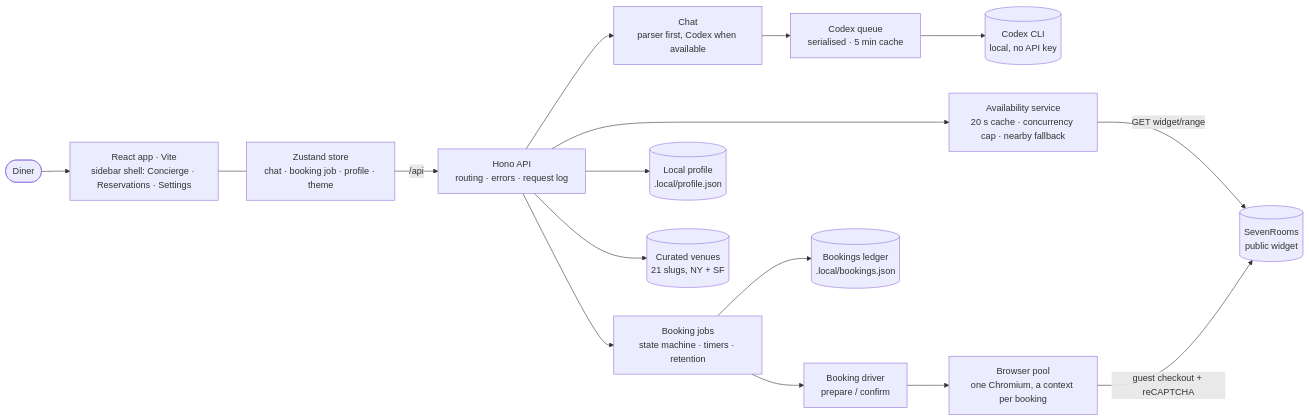
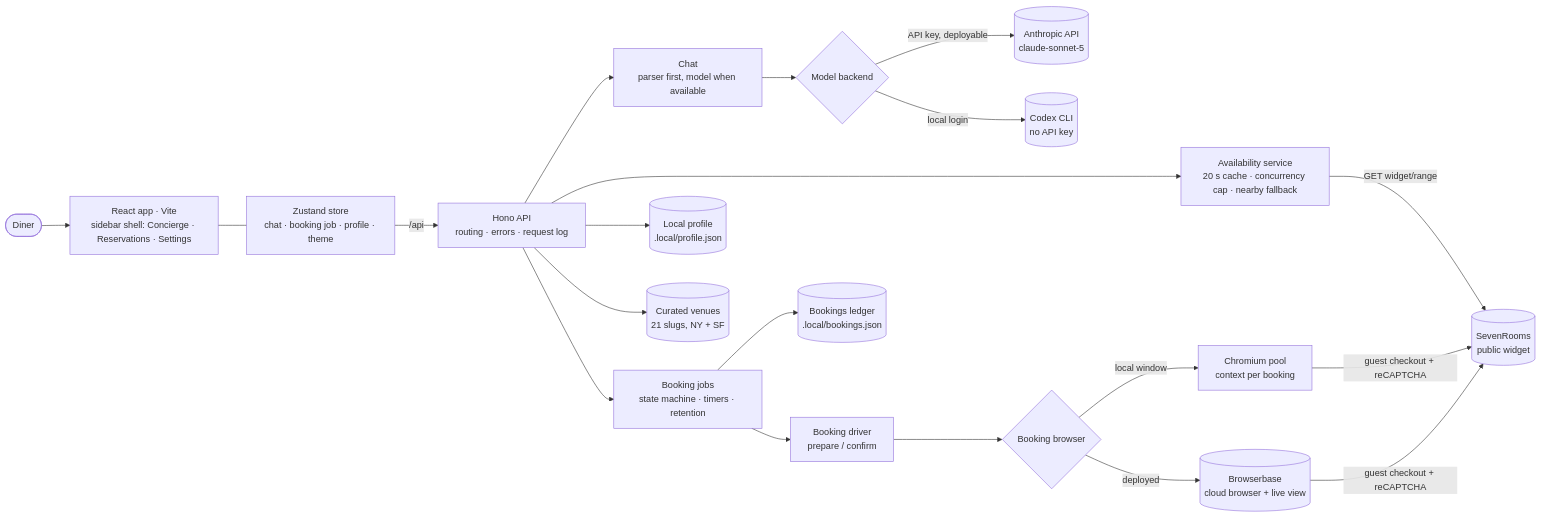
One commit to Dileep2896/pearl-table-concierge changed the first of 7 diagrams in ARCHITECTURE.md. Above: the diagram before and after it, drawn with Mermaid. The commit also changed other lines of this file and 3 other files, not shown here.

First line of the commit message:
Docs: deployable AI key + card/login live-view finish

````diff
--- a/ARCHITECTURE.md
+++ b/ARCHITECTURE.md
@@ -9,18 +9,22 @@
 ```mermaid
 flowchart LR
   D([Diner]) --> UI[React app · Vite<br/>sidebar shell: Concierge · Reservations · Settings]
   UI --- ST[Zustand store<br/>chat · booking job · profile · theme]
   ST -->|/api| API[Hono API<br/>routing · errors · request log]
-  API --> CH[Chat<br/>parser first, Codex when available]
-  CH --> CQ[Codex queue<br/>serialised · 5 min cache]
-  CQ --> CX[(Codex CLI<br/>local, no API key)]
+  API --> CH[Chat<br/>parser first, model when available]
+  CH --> AI{Model backend}
+  AI -->|API key, deployable| AN[(Anthropic API<br/>claude-sonnet-5)]
+  AI -->|local login| CX[(Codex CLI<br/>no API key)]
   API --> AV[Availability service<br/>20 s cache · concurrency cap · nearby fallback]
   AV -->|GET widget/range| SR[(SevenRooms<br/>public widget)]
   API --> JB[Booking jobs<br/>state machine · timers · retention]
   JB --> BK[Booking driver<br/>prepare / confirm]
-  BK --> BP[Browser pool<br/>one Chromium, a context per booking]
+  BK --> BR{Booking browser}
+  BR -->|local window| BP[Chromium pool<br/>context per booking]
+  BR -->|deployed| BB[(Browserbase<br/>cloud browser + live view)]
   BP -->|guest checkout + reCAPTCHA| SR
+  BB -->|guest checkout + reCAPTCHA| SR
   JB --> LG[(Bookings ledger<br/>.local/bookings.json)]
   API --> PF[(Local profile<br/>.local/profile.json)]
   API --> VN[(Curated venues<br/>21 slugs, NY + SF)]
 ```
````
